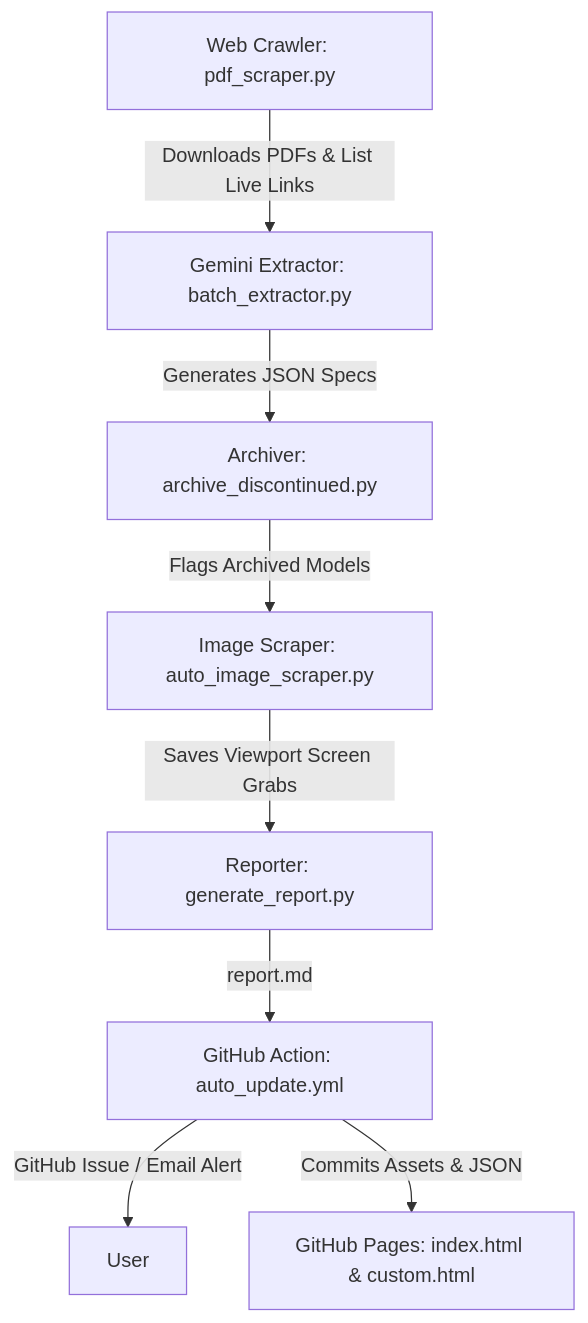
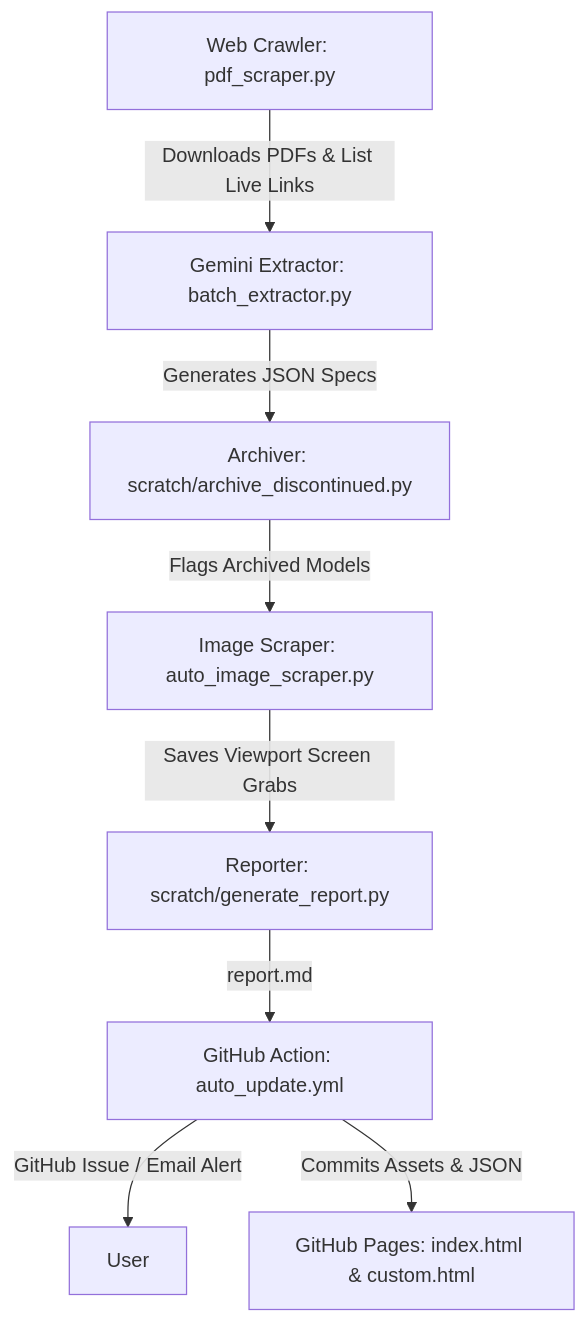
Before and after one commit to chatbovon/bmwthspecsheet: the diagram in technical_workflow.md, drawn with Mermaid. The commit also changed other lines of this file, not shown here.

````diff
--- a/technical_workflow.md
+++ b/technical_workflow.md
@@ -10,10 +10,10 @@
 ```mermaid
 graph TD
     A[Web Crawler: pdf_scraper.py] -->|Downloads PDFs & List Live Links| B[Gemini Extractor: batch_extractor.py]
-    B -->|Generates JSON Specs| C[Archiver: archive_discontinued.py]
+    B -->|Generates JSON Specs| C[Archiver: scratch/archive_discontinued.py]
     C -->|Flags Archived Models| D[Image Scraper: auto_image_scraper.py]
-    D -->|Saves Viewport Screen Grabs| E[Reporter: generate_report.py]
+    D -->|Saves Viewport Screen Grabs| E[Reporter: scratch/generate_report.py]
     E -->|report.md| F[GitHub Action: auto_update.yml]
     F -->|GitHub Issue / Email Alert| G[User]
     F -->|Commits Assets & JSON| H[GitHub Pages: index.html & custom.html]
 ```
````
